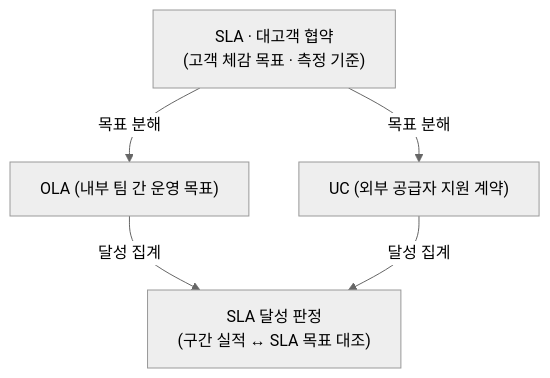
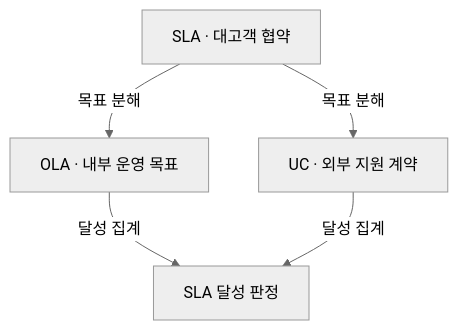
The second of 5 diagrams in src/content/docs/notes/itpe/01-it-strategy/006_sla.md (agnusdei1207/study), drawn with Mermaid (neutral theme) before and after one commit. The commit also changed other lines of this file and 19 other files, not shown here.

````diff
--- a/src/content/docs/notes/itpe/01-it-strategy/006_sla.md
+++ b/src/content/docs/notes/itpe/01-it-strategy/006_sla.md
@@ -75,12 +77,12 @@
 ```mermaid
 flowchart TD
-    SLA["SLA · 대고객 협약<br/>(고객 체감 목표 · 측정 기준)"]
-    OLA["OLA (내부 팀 간 운영 목표)"]
-    UC["UC (외부 공급자 지원 계약)"]
-    JUDGE["SLA 달성 판정<br/>(구간 실적 ↔ SLA 목표 대조)"]
+    SLA["SLA · 대고객 협약"]
+    OLA["OLA · 내부 운영 목표"]
+    UC["UC · 외부 지원 계약"]
+    JUDGE["SLA 달성 판정"]
 
     SLA -->|"목표 분해"| OLA
     SLA -->|"목표 분해"| UC
     OLA -->|"달성 집계"| JUDGE
     UC -->|"달성 집계"| JUDGE
 ```
````
